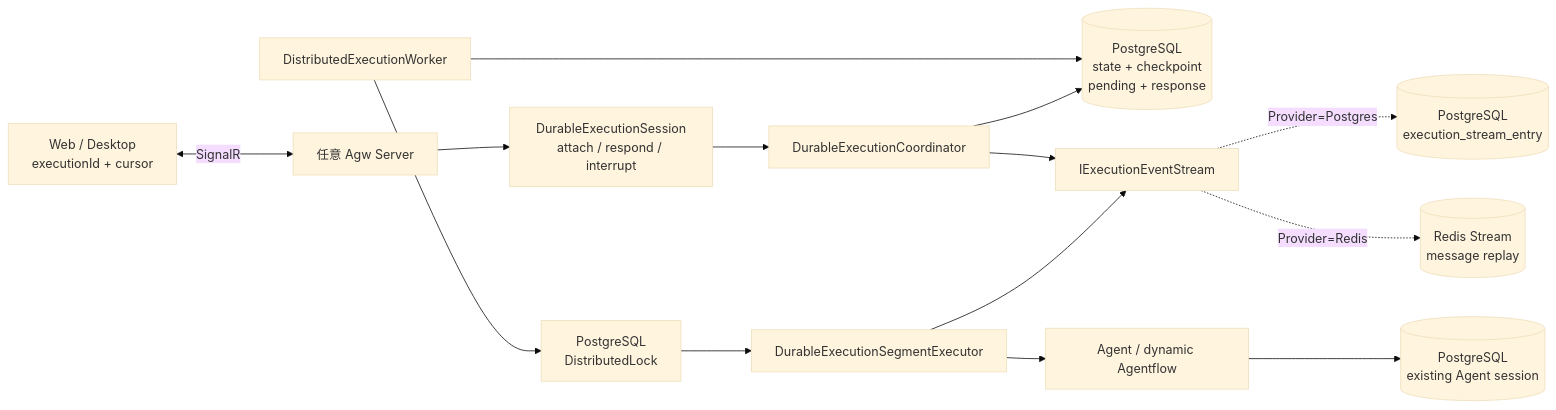
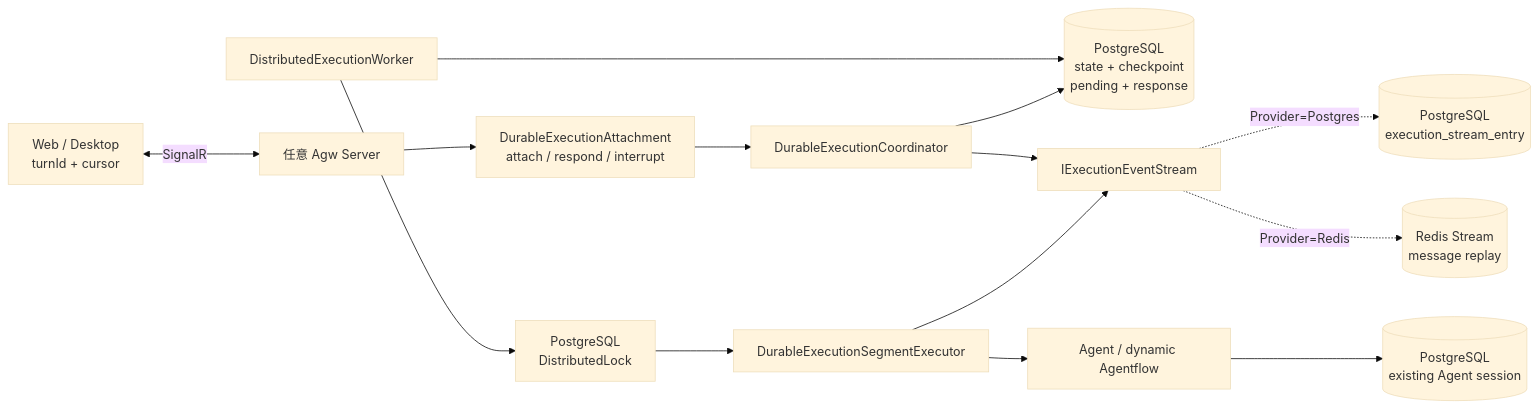
The third of 7 diagrams in src/server/Agw.Agents.Execution/README.md (zxyao145/agw), drawn with Mermaid (base theme) before and after one commit. The commit also changed other lines of this file and 123 other files, not shown here.

First line of the commit message:
feat(execution): use turnId throughout turn handling

````diff
--- a/src/server/Agw.Agents.Execution/README.md
+++ b/src/server/Agw.Agents.Execution/README.md
@@ -575,16 +575,16 @@
 ```mermaid
 flowchart LR
-    Client["Web / Desktop<br/>executionId + cursor"] <-->|"SignalR"| Pod["任意 Agw Server"]
-    Pod --> Session["DurableExecutionSession<br/>attach / respond / interrupt"]
+    Client["Web / Desktop<br/>turnId + cursor"] <-->|"SignalR"| Pod["任意 Agw Server"]
+    Pod --> Session["DurableExecutionAttachment<br/>attach / respond / interrupt"]
     Session --> Coordinator["DurableExecutionCoordinator"]
     Coordinator --> State[("PostgreSQL<br/>state + checkpoint<br/>pending + response")]
     Worker["DistributedExecutionWorker"] --> State
     Worker --> Lock["PostgreSQL<br/>DistributedLock"]
     Lock --> Executor["DurableExecutionSegmentExecutor"]
     Executor --> Agent["Agent / dynamic Agentflow"]
     Agent --> SessionState[("PostgreSQL<br/>existing Agent session")]
     Executor --> Stream["IExecutionEventStream"]
     Stream -. "Provider=Postgres" .-> PgStream[("PostgreSQL<br/>execution_stream_entry")]
     Stream -. "Provider=Redis" .-> Redis[("Redis Stream<br/>message replay")]
     Coordinator --> Stream
 ```
````
